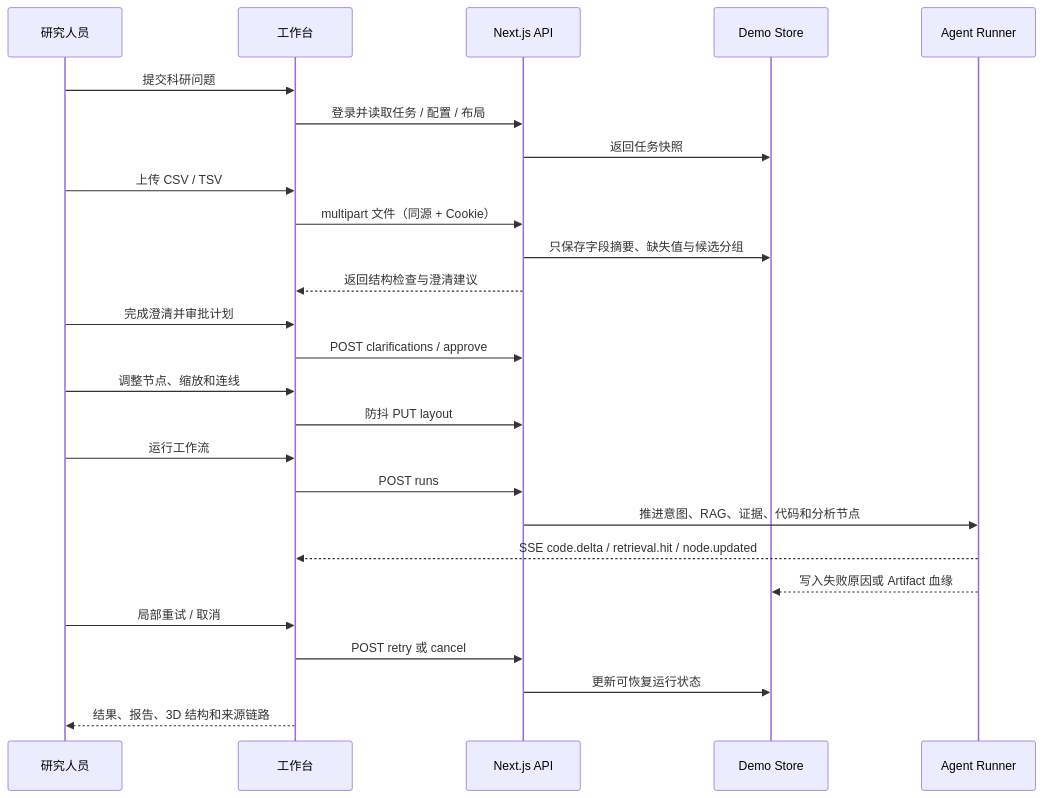
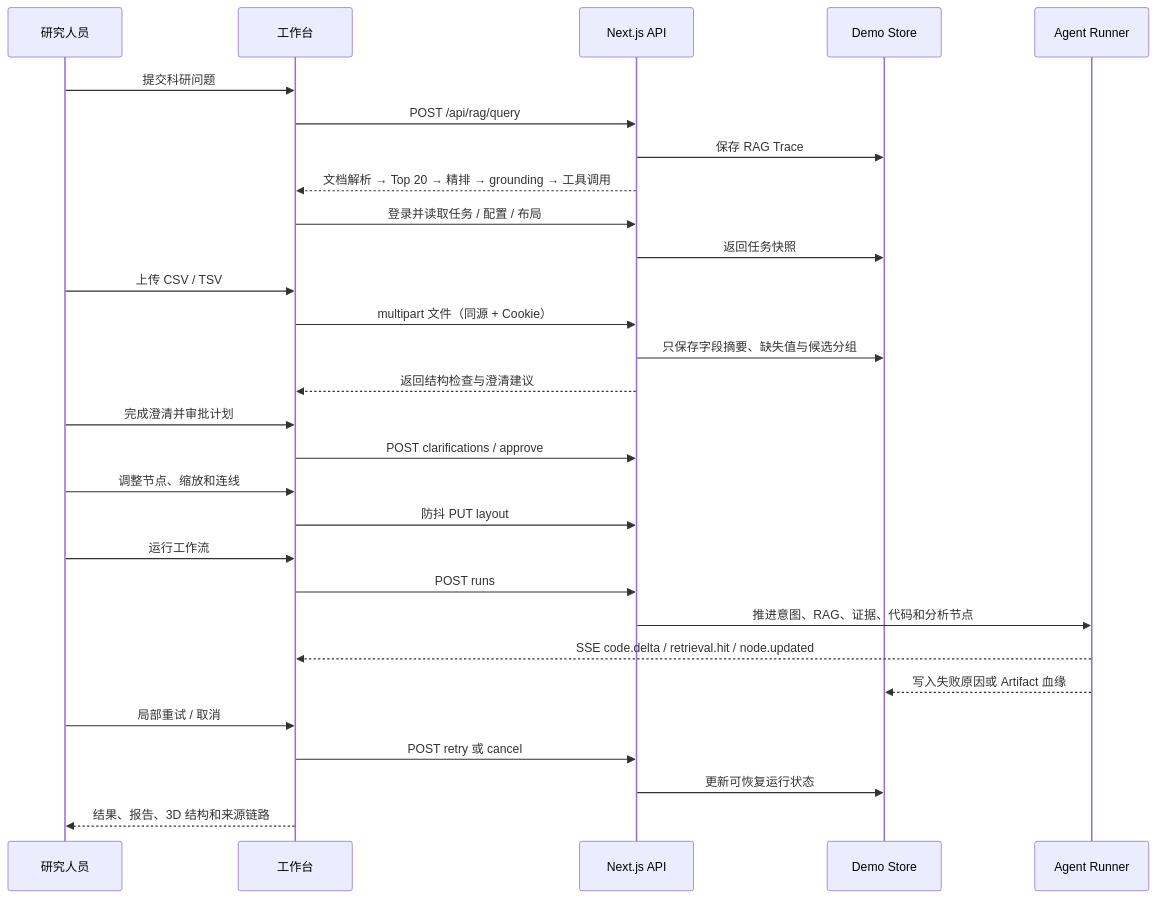
Before and after one commit to fys-bot/bio-studio: the second of 2 diagrams in docs/架构与交付说明.md, drawn with Mermaid. The commit also changed other lines of this file and 25 other files, not shown here.

````diff
--- a/docs/架构与交付说明.md
+++ b/docs/架构与交付说明.md
@@ -98,29 +105,32 @@
 ```mermaid
 sequenceDiagram
   participant U as 研究人员
   participant UI as 工作台
   participant API as Next.js API
   participant S as Demo Store
   participant R as Agent Runner
 
   U->>UI: 提交科研问题
+  UI->>API: POST /api/rag/query
+  API->>S: 保存 RAG Trace
+  API-->>UI: 文档解析 → Top 20 → 精排 → grounding → 工具调用
   UI->>API: 登录并读取任务 / 配置 / 布局
   API->>S: 返回任务快照
   U->>UI: 上传 CSV / TSV
   UI->>API: multipart 文件（同源 + Cookie）
   API->>S: 只保存字段摘要、缺失值与候选分组
   API-->>UI: 返回结构检查与澄清建议
   U->>UI: 完成澄清并审批计划
   UI->>API: POST clarifications / approve
   U->>UI: 调整节点、缩放和连线
   UI->>API: 防抖 PUT layout
   U->>UI: 运行工作流
   UI->>API: POST runs
   API->>R: 推进意图、RAG、证据、代码和分析节点
   R-->>UI: SSE code.delta / retrieval.hit / node.updated
   R-->>S: 写入失败原因或 Artifact 血缘
   U->>UI: 局部重试 / 取消
   UI->>API: POST retry 或 cancel
   API->>S: 更新可恢复运行状态
   UI-->>U: 结果、报告、3D 结构和来源链路
 ```
````
